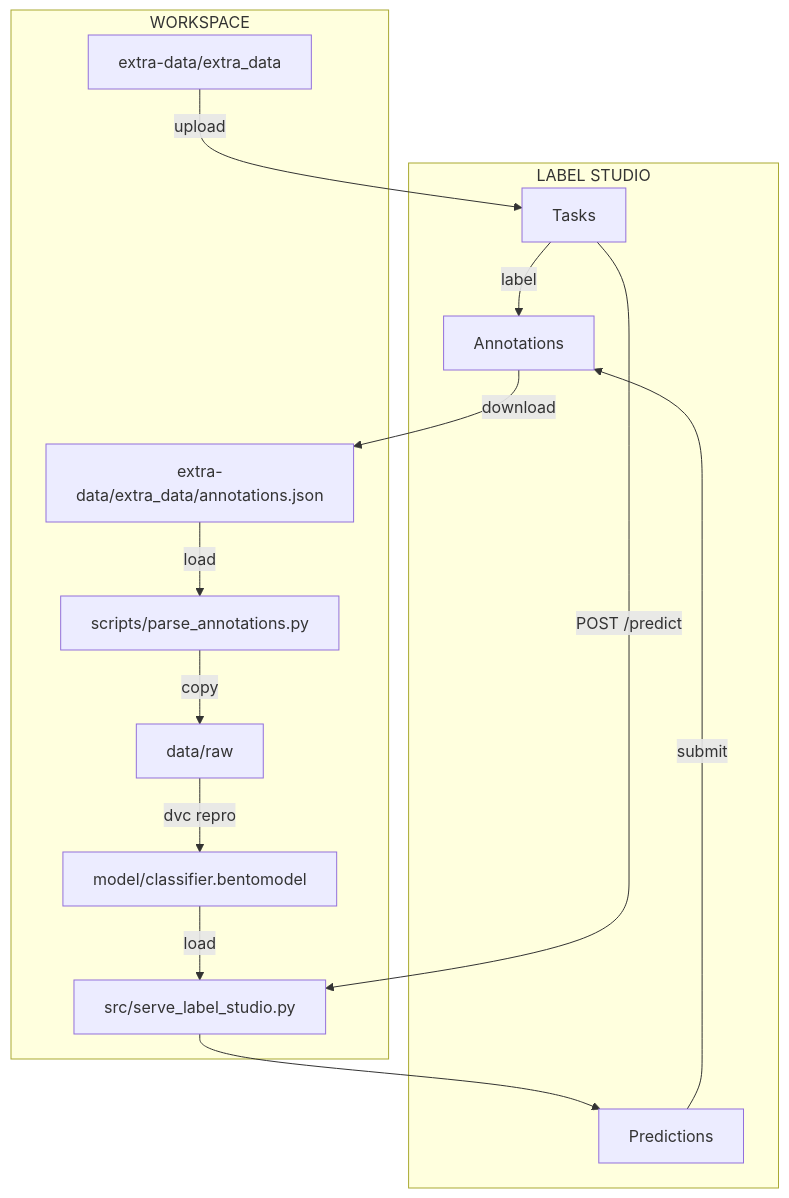
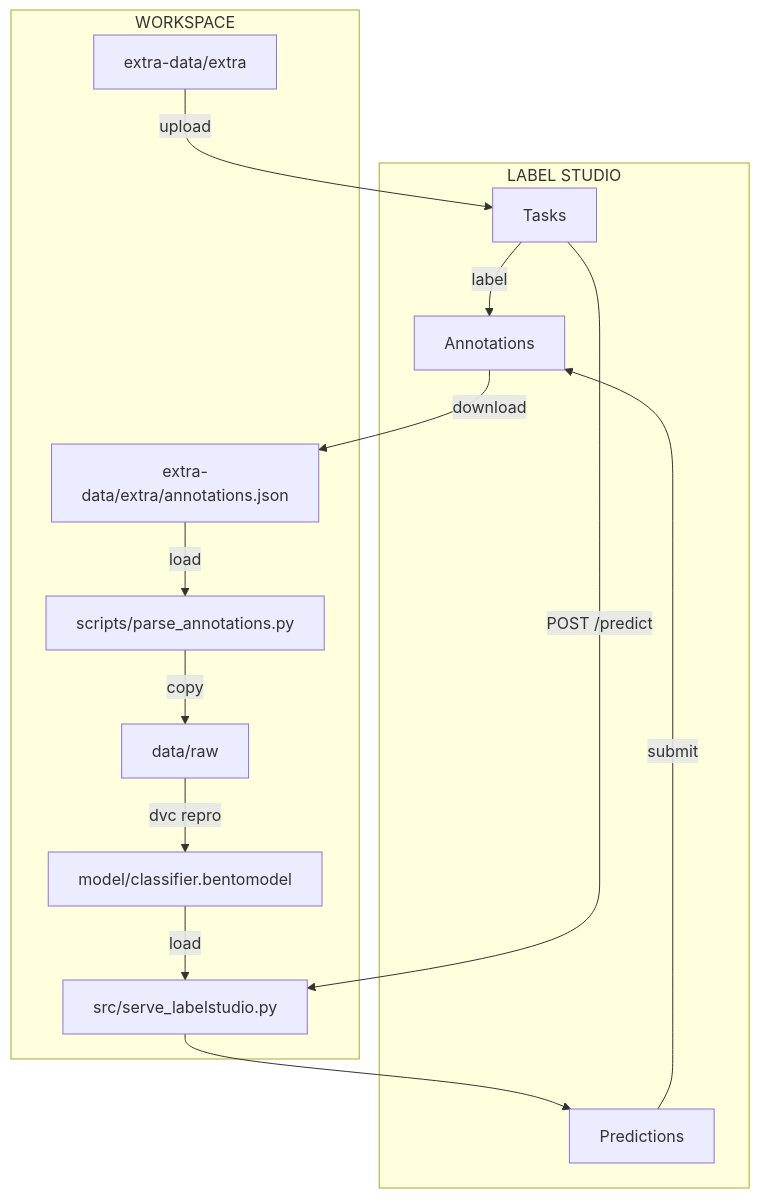
One commit to swiss-ai-center/a-guide-to-mlops changed the diagram in docs/part-5-label-data-and-retrain/conclusion.md. Above: the diagram before and after it, drawn with Mermaid. The commit also changed other lines of this file and 18 other files, not shown here.

````diff
--- a/docs/part-5-label-data-and-retrain/conclusion.md
+++ b/docs/part-5-label-data-and-retrain/conclusion.md
@@ -20,28 +20,28 @@
 ```mermaid
 flowchart TB
-    extra_data -->|upload| labelStudioTasks
+    extra -->|upload| labelStudioTasks
     labelStudioTasks -->|label| labelStudioAnnotations
     bento_model -->|load| fastapi
     labelStudioTasks -->|POST /predict| fastapi
     fastapi --> labelStudioPredictions
     labelStudioPredictions -->|submit| labelStudioAnnotations
-    labelStudioAnnotations -->|download| extra_data_annotations
-    extra_data_annotations --> |load| parse_annotations
+    labelStudioAnnotations -->|download| extra_annotations
+    extra_annotations --> |load| parse_annotations
     parse_annotations -->|copy| data_raw
     data_raw -->|dvc repro| bento_model
 
     subgraph workspaceGraph[WORKSPACE]
-        extra_data[extra-data/extra_data]
-        extra_data_annotations[extra-data/extra_data/annotations.json]
+        extra[extra-data/extra]
+        extra_annotations[extra-data/extra/annotations.json]
         bento_model[model/classifier.bentomodel]
-        fastapi[src/serve_label_studio.py]
+        fastapi[src/serve_labelstudio.py]
         parse_annotations[scripts/parse_annotations.py]
         data_raw[data/raw]
     end
 
     subgraph labelStudioGraph[LABEL STUDIO]
         labelStudioTasks[Tasks]
         labelStudioAnnotations[Annotations]
         labelStudioPredictions[Predictions]
     end
 ```
````
